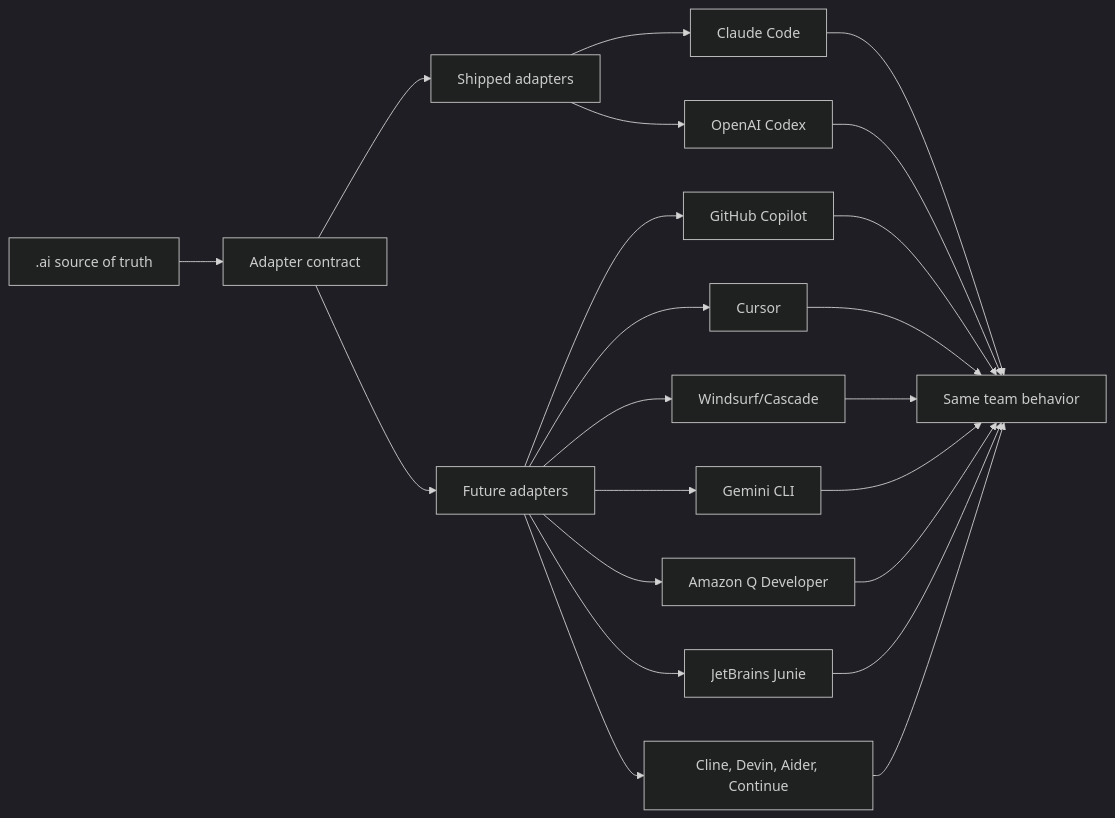
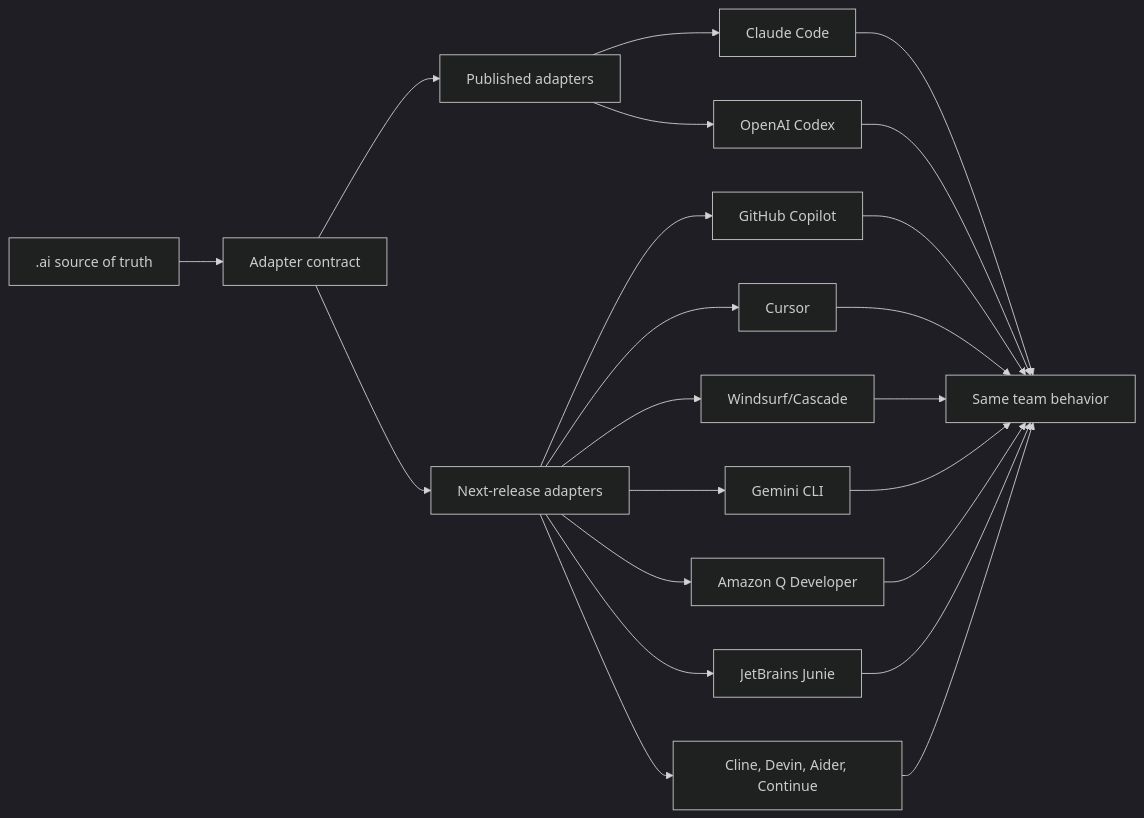
The second of 7 diagrams in docs/HIGH_LEVEL_DESIGN.md (phamhungptithcm/ai-agent-kit), drawn with Mermaid (dark theme) before and after one commit. The commit also changed other lines of this file and 137 other files, not shown here.

````diff
--- a/docs/HIGH_LEVEL_DESIGN.md
+++ b/docs/HIGH_LEVEL_DESIGN.md
@@ -48,27 +66,27 @@
 ```mermaid
 flowchart LR
   Source[.ai source of truth] --> Contract[Adapter contract]
-  Contract --> Shipped[Shipped adapters]
-  Contract --> Future[Future adapters]
+  Contract --> Published[Published adapters]
+  Contract --> Next[Next-release adapters]
 
-  Shipped --> Claude[Claude Code]
-  Shipped --> Codex[OpenAI Codex]
+  Published --> Claude[Claude Code]
+  Published --> Codex[OpenAI Codex]
 
-  Future --> Copilot[GitHub Copilot]
-  Future --> Cursor[Cursor]
-  Future --> Windsurf[Windsurf/Cascade]
-  Future --> Gemini[Gemini CLI]
-  Future --> AmazonQ[Amazon Q Developer]
-  Future --> Junie[JetBrains Junie]
-  Future --> OSS[Cline, Devin, Aider, Continue]
+  Next --> Copilot[GitHub Copilot]
+  Next --> Cursor[Cursor]
+  Next --> Windsurf[Windsurf/Cascade]
+  Next --> Gemini[Gemini CLI]
+  Next --> AmazonQ[Amazon Q Developer]
+  Next --> Junie[JetBrains Junie]
+  Next --> OSS[Cline, Devin, Aider, Continue]
 
   Claude --> Behavior[Same team behavior]
   Codex --> Behavior
   Copilot --> Behavior
   Cursor --> Behavior
   Windsurf --> Behavior
   Gemini --> Behavior
   AmazonQ --> Behavior
   Junie --> Behavior
   OSS --> Behavior
 ```
````
